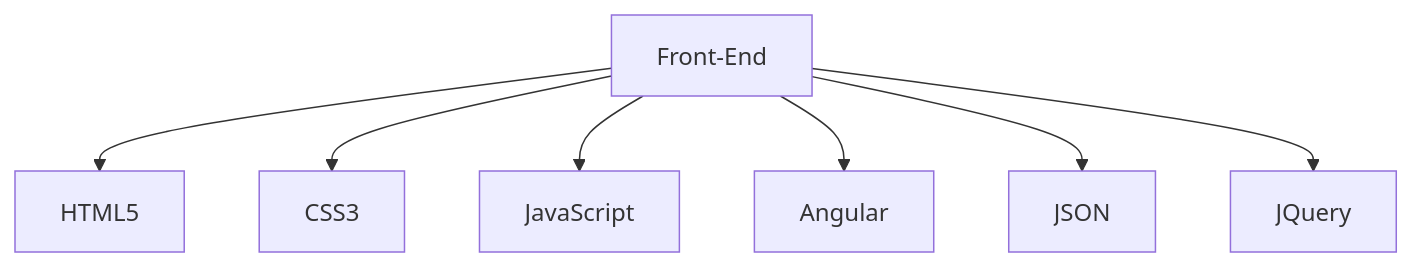
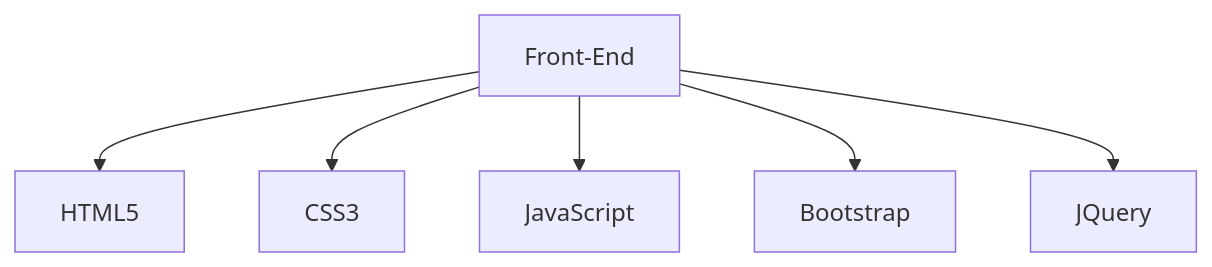
One commit to LuongXuanNhat/LuongXuanNhat changed the first of 4 diagrams in README.md. Above: the diagram before and after it, drawn with Mermaid. The commit also changed other lines of this file, not shown here.

````diff
--- a/README.md
+++ b/README.md
@@ -26,9 +20,8 @@
 ```mermaid
 graph TD;
     Front-End-->HTML5;
     Front-End-->CSS3;
     Front-End-->JavaScript;
-    Front-End-->Angular;
-    Front-End-->JSON;
+    Front-End-->Bootstrap;
     Front-End-->JQuery;
    ```
````
